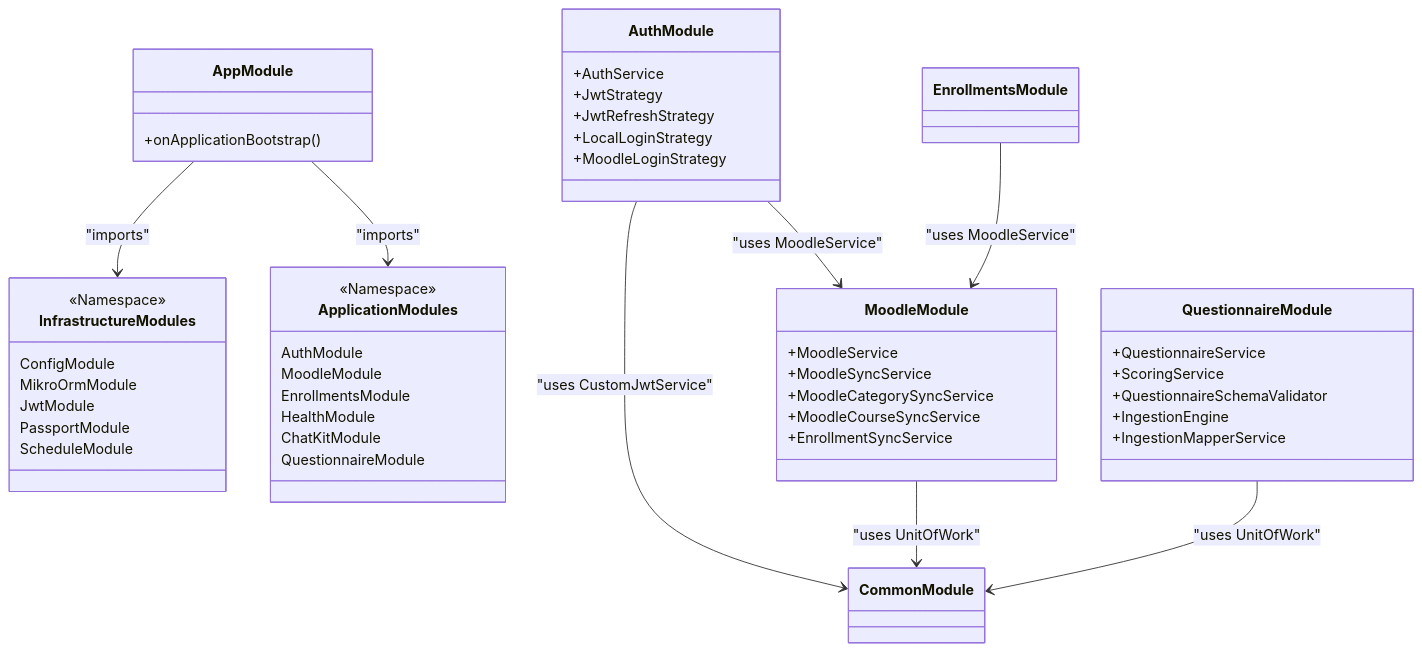
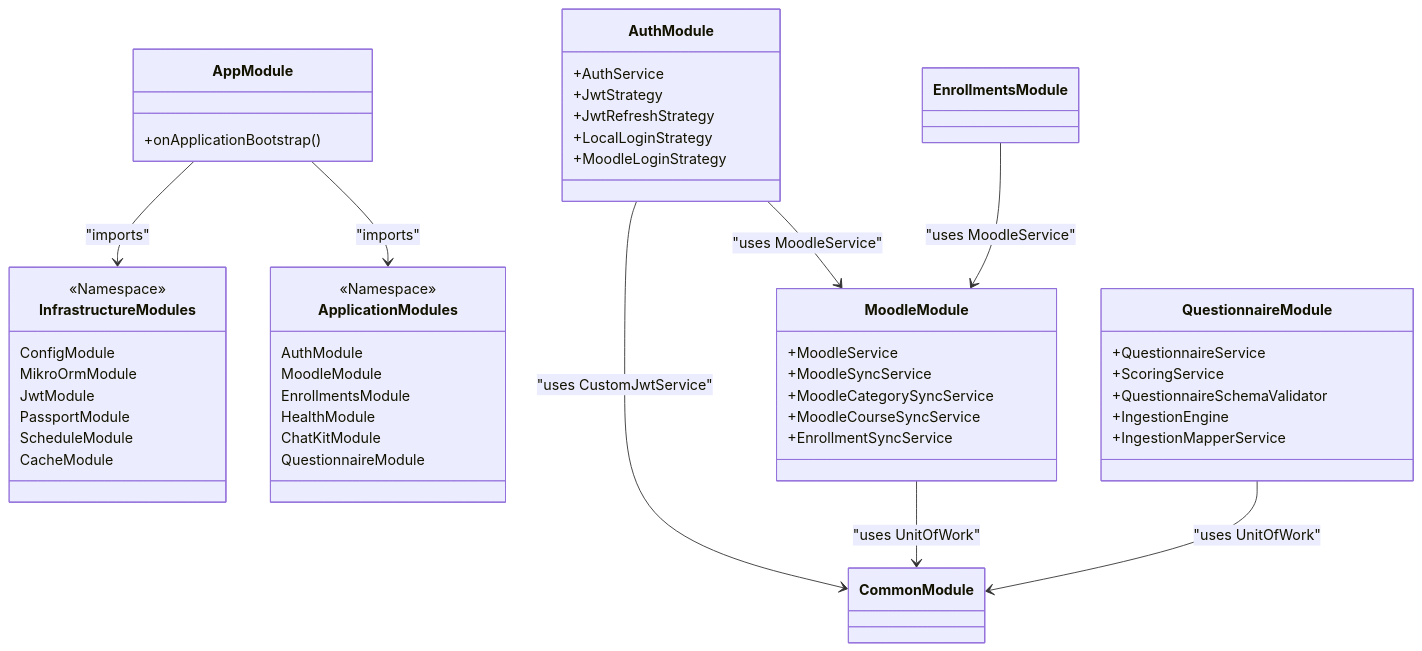
Before and after one commit to CtrlAltElite-Devs/api.faculytics: the diagram in docs/architecture/core-components.md, drawn with Mermaid. The commit also changed other lines of this file and 5 other files, not shown here.

First line of the commit message:
FAC-43 docs: add caching architecture, AI pipeline spec, and update-docs skill

````diff
--- a/docs/architecture/core-components.md
+++ b/docs/architecture/core-components.md
@@ -27,56 +28,57 @@
 ```mermaid
 classDiagram
     class AppModule {
         +onApplicationBootstrap()
     }
     class InfrastructureModules {
         <<Namespace>>
         ConfigModule
         MikroOrmModule
         JwtModule
         PassportModule
         ScheduleModule
+        CacheModule
     }
     class ApplicationModules {
         <<Namespace>>
         AuthModule
         MoodleModule
         EnrollmentsModule
         HealthModule
         ChatKitModule
         QuestionnaireModule
     }
 
     AppModule --> InfrastructureModules : "imports"
     AppModule --> ApplicationModules : "imports"
 
     AuthModule --> MoodleModule : "uses MoodleService"
     AuthModule --> CommonModule : "uses CustomJwtService"
     MoodleModule --> CommonModule : "uses UnitOfWork"
     EnrollmentsModule --> MoodleModule : "uses MoodleService"
     QuestionnaireModule --> CommonModule : "uses UnitOfWork"
 
     class MoodleModule {
         +MoodleService
         +MoodleSyncService
         +MoodleCategorySyncService
         +MoodleCourseSyncService
         +EnrollmentSyncService
     }
 
     class AuthModule {
         +AuthService
         +JwtStrategy
         +JwtRefreshStrategy
         +LocalLoginStrategy
         +MoodleLoginStrategy
     }
 
     class QuestionnaireModule {
         +QuestionnaireService
         +ScoringService
         +QuestionnaireSchemaValidator
         +IngestionEngine
         +IngestionMapperService
     }
 ```
````
